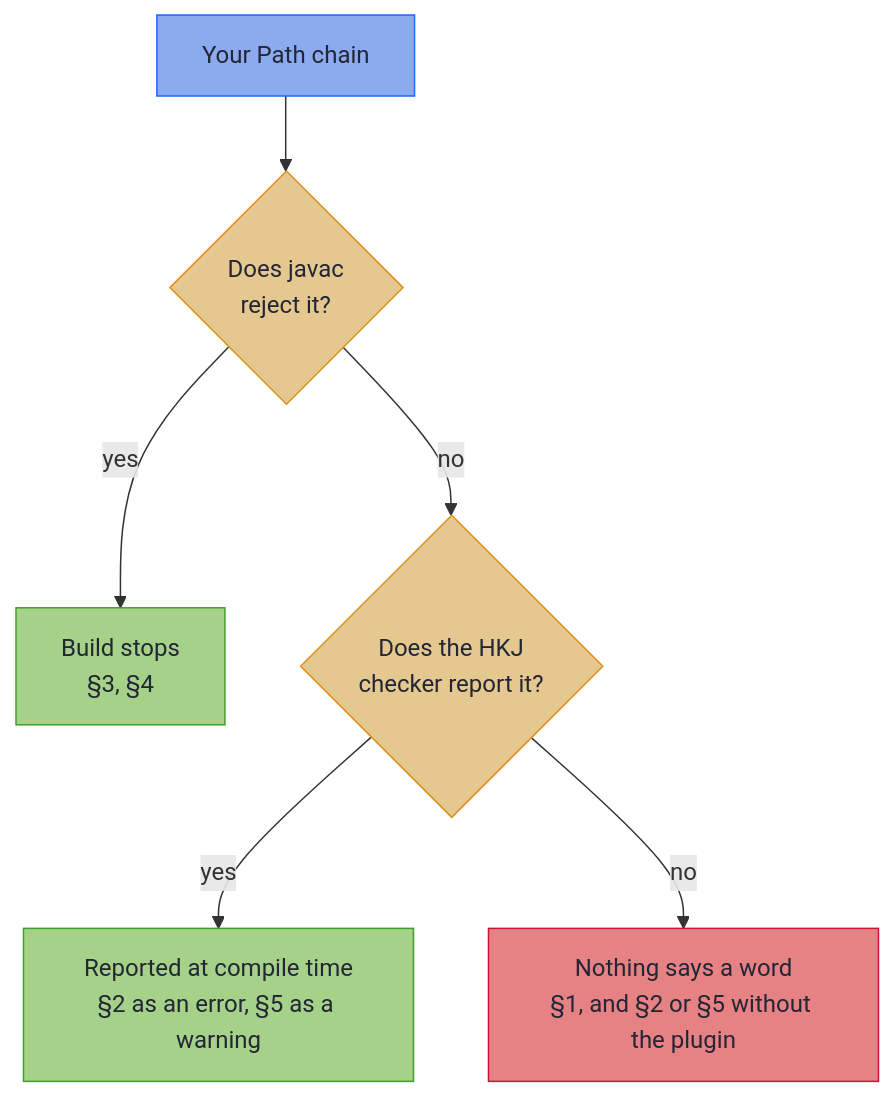
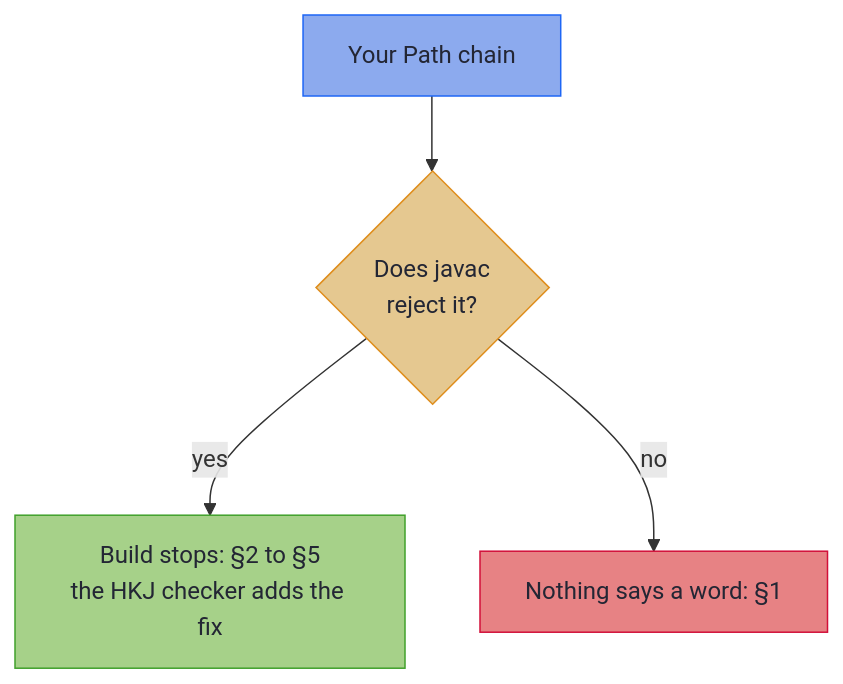
The diagram in latest/effect/compiler_errors.md (higher-kinded-j/higher-kinded-j.github.io), drawn with Mermaid before and after one commit. The commit also changed other lines of this file and 349 other files, not shown here.

````diff
--- a/latest/effect/compiler_errors.md
+++ b/latest/effect/compiler_errors.md
@@ -36,24 +38,20 @@
 ```mermaid
 flowchart TD
     C["Your Path chain"]
     J{"Does javac<br/>reject it?"}
-    JE["Build stops<br/>§3, §4"]
-    K{"Does the HKJ<br/>checker report it?"}
-    KE["Reported at compile time<br/>§2 as an error, §5 as a warning"]
-    N["Nothing says a word<br/>§1, and §2 or §5 without the plugin"]
+    JE["Build stops: §2 to §5<br/>the HKJ checker adds the fix"]
+    N["Nothing says a word: §1"]
 
     C --> J
     J -->|yes| JE
-    J -->|no| K
-    K -->|yes| KE
-    K -->|no| N
+    J -->|no| N
 
     classDef step fill:#8caaee,stroke:#1e66f5,color:#232634
     classDef decision fill:#e5c890,stroke:#df8e1d,color:#232634
     classDef caught fill:#a6d189,stroke:#40a02b,color:#232634
     classDef missed fill:#e78284,stroke:#d20f39,color:#232634
     class C step
-    class J,K decision
-    class JE,KE caught
+    class J decision
+    class JE caught
     class N missed
 ```
````
